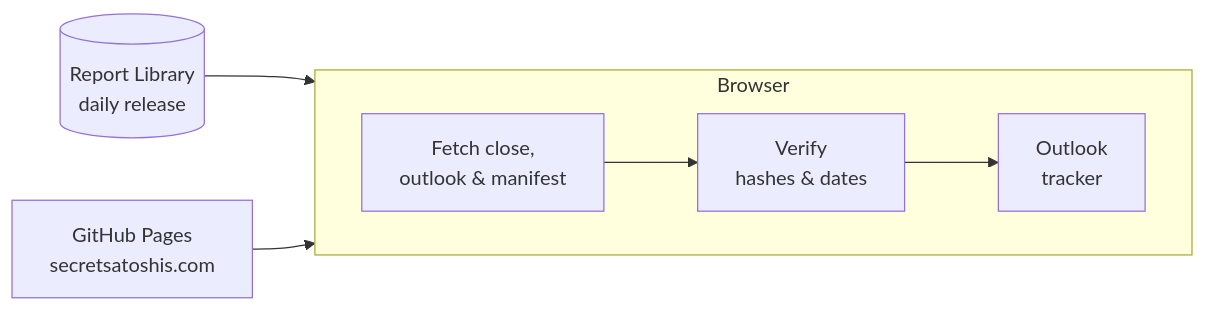
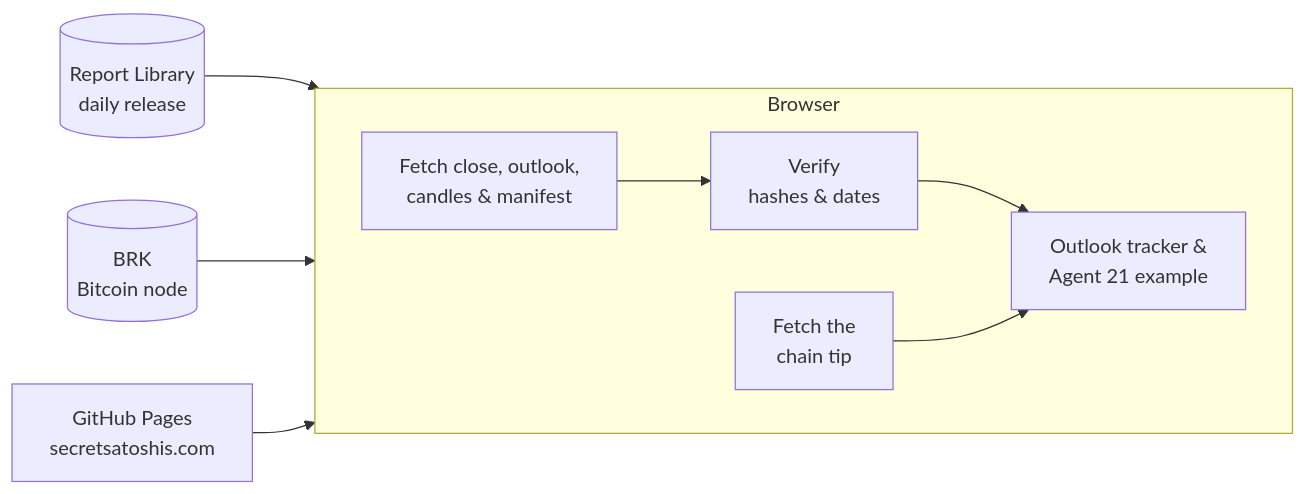
One commit to SecretSatoshis/Secret-Satoshis-Website changed the diagram in README.md. Above: the diagram before and after it, drawn with Mermaid. The commit also changed other lines of this file and 27 other files, not shown here.

````diff
--- a/README.md
+++ b/README.md
@@ -26,12 +25,15 @@
 ```mermaid
 flowchart LR
     R[("Report Library<br/>daily release")]
+    B[("BRK<br/>Bitcoin node")]
 
     subgraph Browser
         direction LR
-        F["Fetch close,<br/>outlook & manifest"] --> V["Verify<br/>hashes & dates"] --> T["Outlook<br/>tracker"]
+        F["Fetch close, outlook,<br/>candles & manifest"] --> V["Verify<br/>hashes & dates"] --> T["Outlook tracker &<br/>Agent 21 example"]
+        C["Fetch the<br/>chain tip"] --> T
     end
 
     G["GitHub Pages<br/>secretsatoshis.com"] --> Browser
     R --> F
+    B --> C
 ```
````
